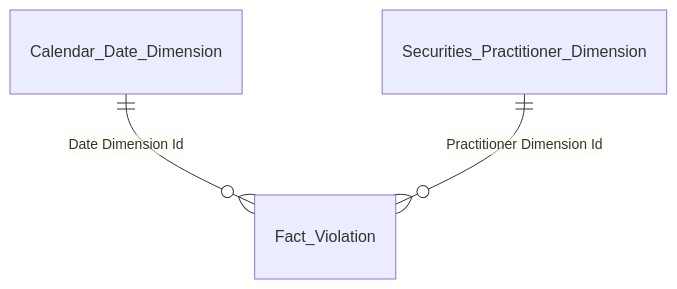
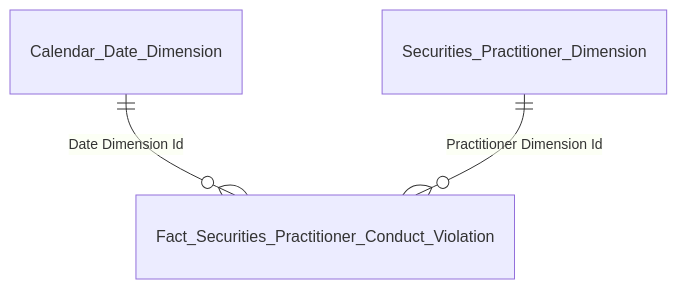
One commit to linhlvit/ubck_atomic_design changed the third of 21 diagrams in Gold/hld/GOLD_NHNCK_HLD.md. Above: the diagram before and after it, drawn with Mermaid. The commit also changed other lines of this file and 9 other files, not shown here.

````diff
--- a/Gold/hld/GOLD_NHNCK_HLD.md
+++ b/Gold/hld/GOLD_NHNCK_HLD.md
@@ -89,5 +89,5 @@
 ```mermaid
 erDiagram
-    Calendar_Date_Dimension ||--o{ Fact_Violation : "Date Dimension Id"
-    Securities_Practitioner_Dimension ||--o{ Fact_Violation : "Practitioner Dimension Id"
+    Calendar_Date_Dimension ||--o{ Fact_Securities_Practitioner_Conduct_Violation : "Date Dimension Id"
+    Securities_Practitioner_Dimension ||--o{ Fact_Securities_Practitioner_Conduct_Violation : "Practitioner Dimension Id"
 ```
````
